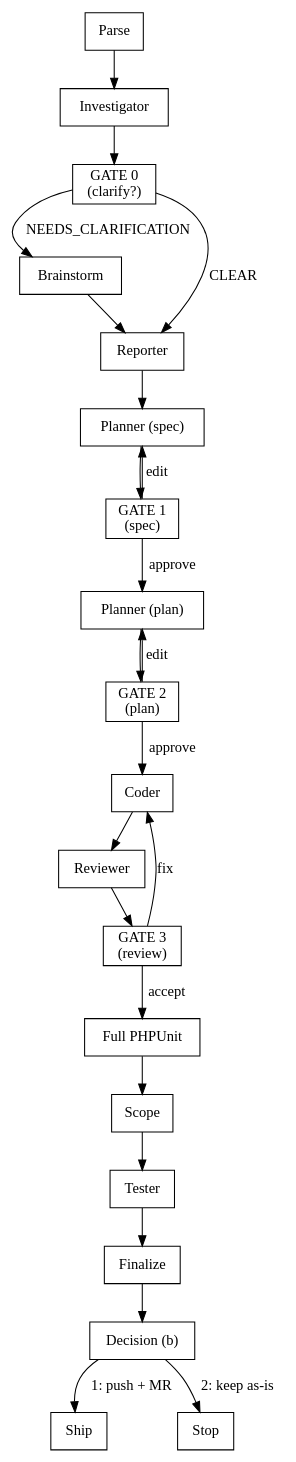
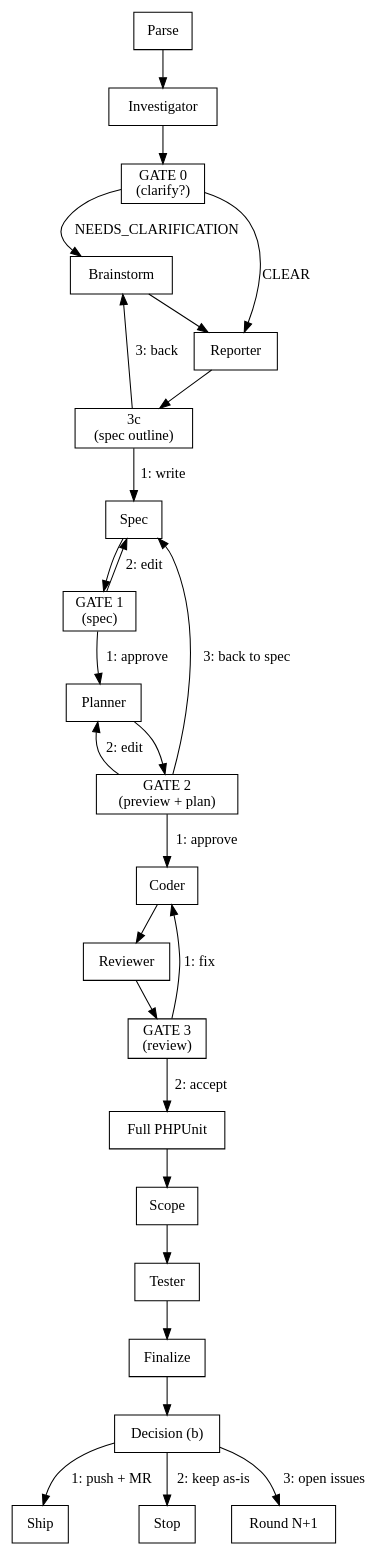
One commit to ttncode/unioss-plugins changed the diagram in plugins/unioss-pipeline/skills/unioss-pipeline/SKILL.md. Above: the diagram before and after it, drawn with Graphviz. The commit also changed other lines of this file and 40 other files, not shown here.

````diff
--- a/plugins/unioss-pipeline/skills/unioss-pipeline/SKILL.md
+++ b/plugins/unioss-pipeline/skills/unioss-pipeline/SKILL.md
@@ -95,29 +117,33 @@
 ```dot
 digraph unioss_pipeline {
   rankdir=TB;
   node [shape=box];
 
   Parse -> Investigator;
   Investigator -> "GATE 0\n(clarify?)";
   "GATE 0\n(clarify?)" -> Brainstorm [label="NEEDS_CLARIFICATION"];
   Brainstorm -> Reporter;
   "GATE 0\n(clarify?)" -> Reporter [label="CLEAR"];
-  Reporter -> "Planner (spec)";
-  "Planner (spec)" -> "GATE 1\n(spec)";
-  "GATE 1\n(spec)" -> "Planner (spec)" [label="edit"];
-  "GATE 1\n(spec)" -> "Planner (plan)" [label="approve"];
-  "Planner (plan)" -> "GATE 2\n(plan)";
-  "GATE 2\n(plan)" -> "Planner (plan)" [label="edit"];
-  "GATE 2\n(plan)" -> Coder [label="approve"];
+  Reporter -> "3c\n(spec outline)";
+  "3c\n(spec outline)" -> Brainstorm [label="3: back"];
+  "3c\n(spec outline)" -> Spec [label="1: write"];
+  Spec -> "GATE 1\n(spec)";
+  "GATE 1\n(spec)" -> Spec [label="2: edit"];
+  "GATE 1\n(spec)" -> Planner [label="1: approve"];
+  Planner -> "GATE 2\n(preview + plan)";
+  "GATE 2\n(preview + plan)" -> Planner [label="2: edit"];
+  "GATE 2\n(preview + plan)" -> Spec [label="3: back to spec"];
+  "GATE 2\n(preview + plan)" -> Coder [label="1: approve"];
   Coder -> Reviewer;
   Reviewer -> "GATE 3\n(review)";
-  "GATE 3\n(review)" -> Coder [label="fix"];
-  "GATE 3\n(review)" -> "Full PHPUnit" [label="accept"];
+  "GATE 3\n(review)" -> Coder [label="1: fix"];
+  "GATE 3\n(review)" -> "Full PHPUnit" [label="2: accept"];
   "Full PHPUnit" -> Scope;
   Scope -> Tester;
   Tester -> Finalize;
   Finalize -> "Decision (b)";
   "Decision (b)" -> Ship [label="1: push + MR"];
   "Decision (b)" -> Stop [label="2: keep as-is"];
+  "Decision (b)" -> "Round N+1" [label="3: open issues"];
 }
 ```
````
